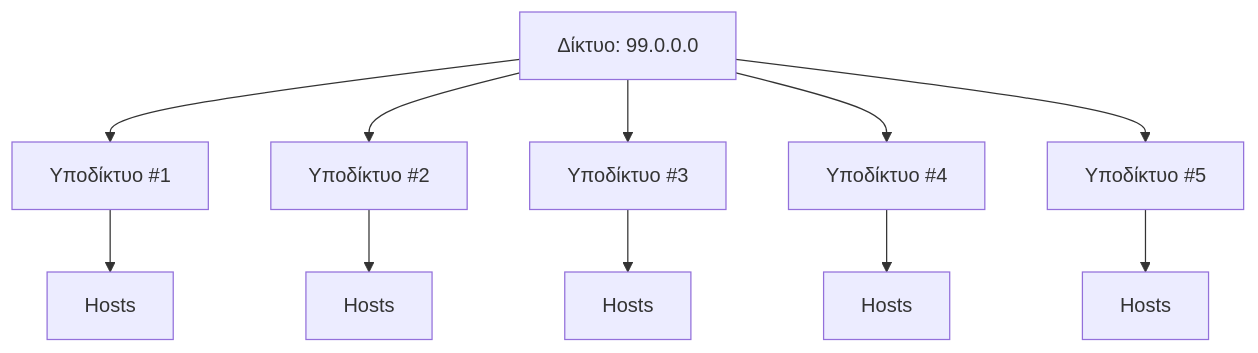
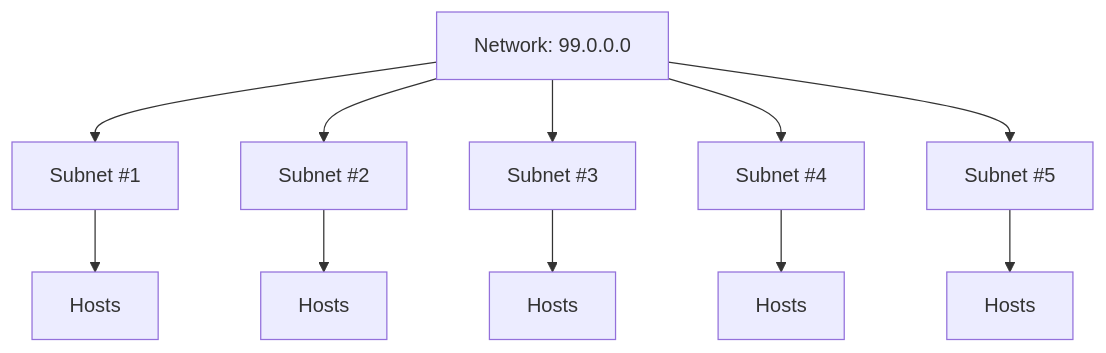
The first of 9 diagrams in Year_1/Semester_2/NETWORKING/Resources/Notes/5. Subnetting.md (PanagopoulosNikolaos/DitOpenNotes), drawn with Mermaid before and after one commit. The commit also changed other lines of this file and 61 other files, not shown here.

````diff
--- a/Year_1/Semester_2/NETWORKING/Resources/Notes/5. Subnetting.md
+++ b/Year_1/Semester_2/NETWORKING/Resources/Notes/5. Subnetting.md
@@ -11,14 +11,14 @@
 ```Mermaid
 graph TD
-    A[Δίκτυο: 99.0.0.0] --> B[Υποδίκτυο #1]
-    A --> C[Υποδίκτυο #2]
-    A --> D[Υποδίκτυο #3]
-    A --> E[Υποδίκτυο #4]
-    A --> F[Υποδίκτυο #5]
+    A[Network: 99.0.0.0] --> B[Subnet #1]
+    A --> C[Subnet #2]
+    A --> D[Subnet #3]
+    A --> E[Subnet #4]
+    A --> F[Subnet #5]
 
     B --> G[Hosts]
     C --> H[Hosts]
     D --> I[Hosts]
     E --> J[Hosts]
     F --> K[Hosts]
 ```
````
